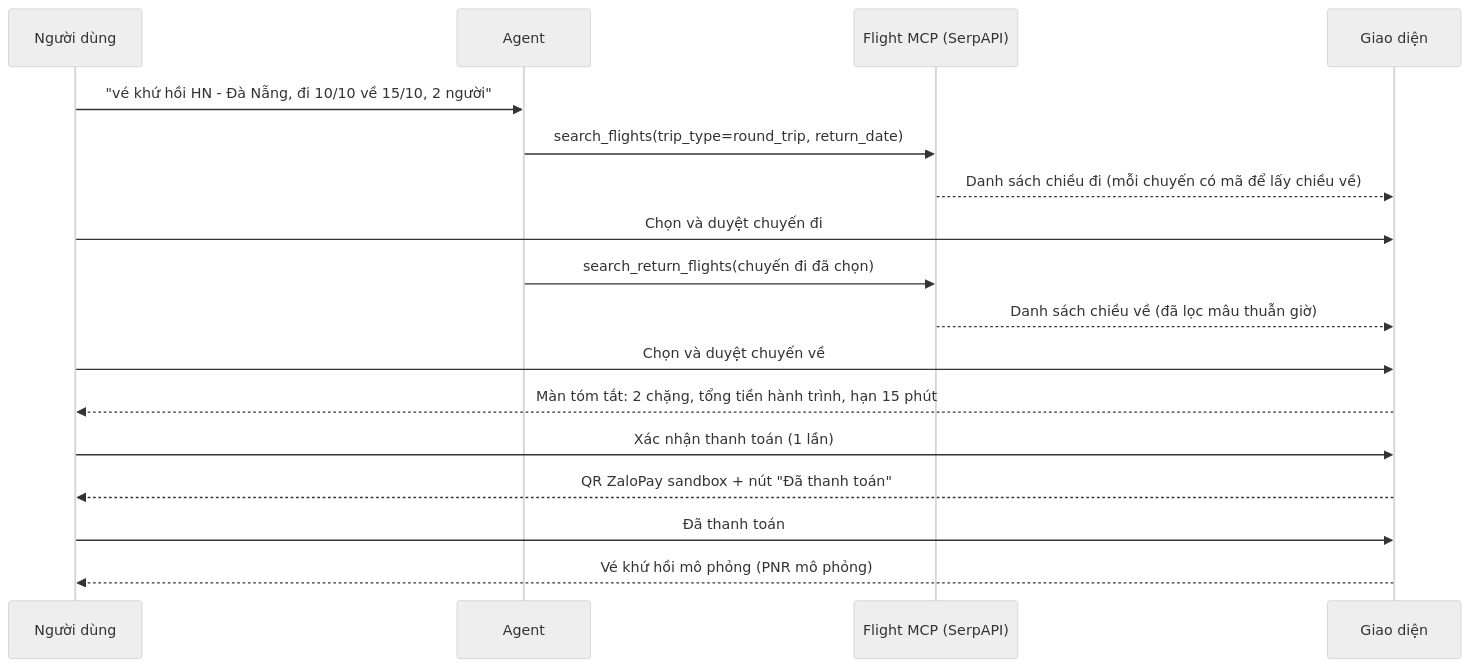
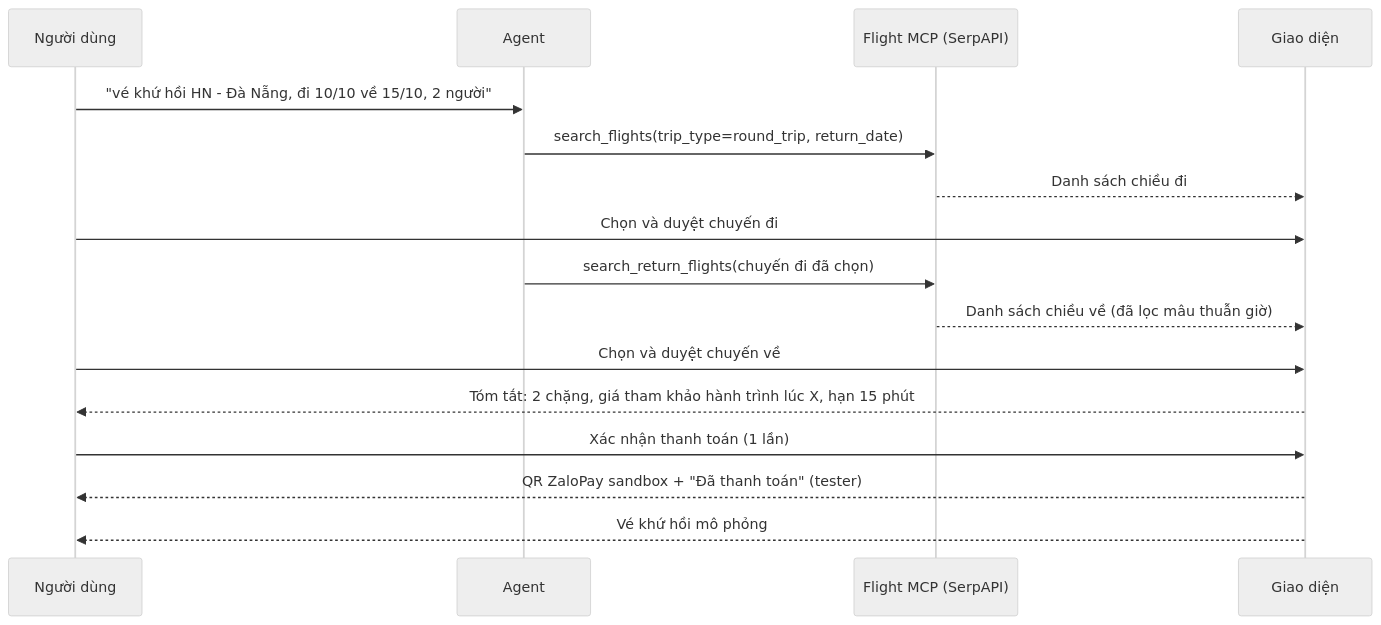
Before and after one commit to the-liems/relohome: the third of 5 diagrams in docs/review/payment-design.md, drawn with Mermaid (neutral theme). The commit also changed other lines of this file and 3 other files, not shown here.

````diff
--- a/docs/review/payment-design.md
+++ b/docs/review/payment-design.md
@@ -200,19 +240,18 @@
 ```mermaid
 sequenceDiagram
   participant U as Người dùng
   participant A as Agent
   participant F as Flight MCP (SerpAPI)
   participant UI as Giao diện
   U->>A: "vé khứ hồi HN - Đà Nẵng, đi 10/10 về 15/10, 2 người"
   A->>F: search_flights(trip_type=round_trip, return_date)
-  F-->>UI: Danh sách chiều đi (mỗi chuyến có mã để lấy chiều về)
+  F-->>UI: Danh sách chiều đi
   U->>UI: Chọn và duyệt chuyến đi
   A->>F: search_return_flights(chuyến đi đã chọn)
   F-->>UI: Danh sách chiều về (đã lọc mâu thuẫn giờ)
   U->>UI: Chọn và duyệt chuyến về
-  UI-->>U: Màn tóm tắt: 2 chặng, tổng tiền hành trình, hạn 15 phút
+  UI-->>U: Tóm tắt: 2 chặng, giá tham khảo hành trình lúc X, hạn 15 phút
   U->>UI: Xác nhận thanh toán (1 lần)
-  UI-->>U: QR ZaloPay sandbox + nút "Đã thanh toán"
-  U->>UI: Đã thanh toán
-  UI-->>U: Vé khứ hồi mô phỏng (PNR mô phỏng)
+  UI-->>U: QR ZaloPay sandbox + "Đã thanh toán" (tester)
+  UI-->>U: Vé khứ hồi mô phỏng
 ```
````
